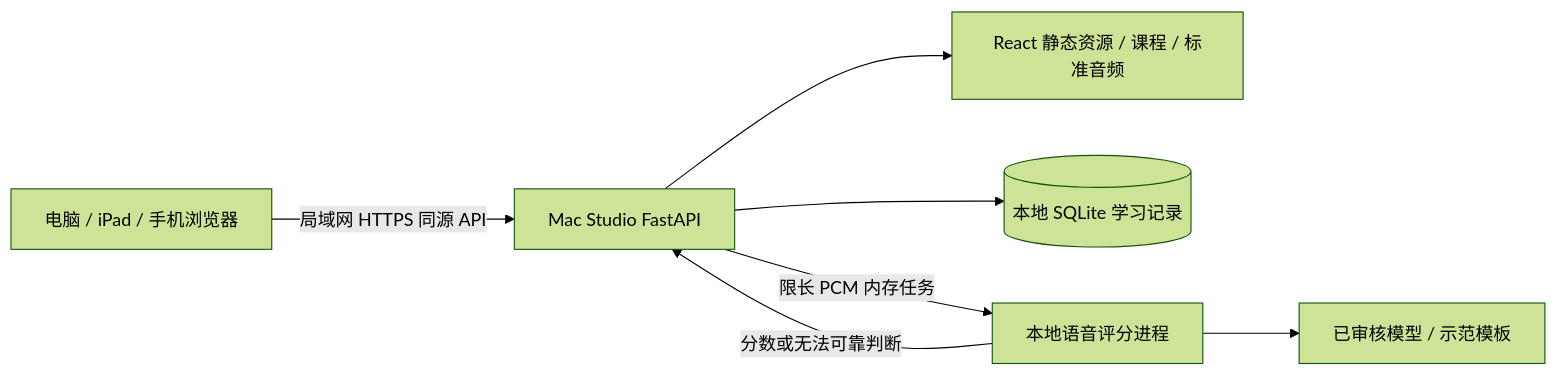
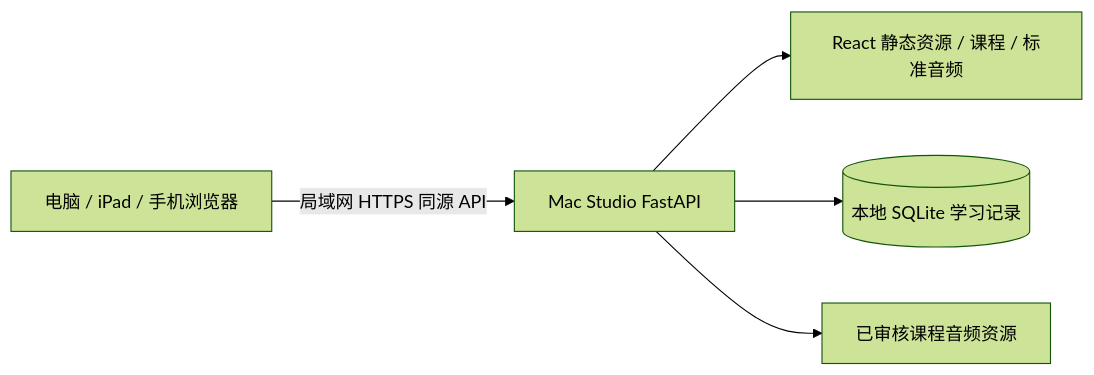
One commit to yizhouxw/love-pinyin changed the diagram in docs/architecture.md. Above: the diagram before and after it, drawn with Mermaid (forest theme). The commit also changed other lines of this file and 28 other files, not shown here.

````diff
--- a/docs/architecture.md
+++ b/docs/architecture.md
@@ -11,9 +11,7 @@
 ```mermaid
 flowchart LR
   Browser[电脑 / iPad / 手机浏览器] -->|局域网 HTTPS 同源 API| API[Mac Studio FastAPI]
   API --> Web[React 静态资源 / 课程 / 标准音频]
   API --> DB[(本地 SQLite 学习记录)]
-  API -->|限长 PCM 内存任务| Worker[本地语音评分进程]
-  Worker --> Assets[已审核模型 / 示范模板]
-  Worker -->|分数或无法可靠判断| API
+  API --> Assets[已审核课程音频资源]
 ```
````
